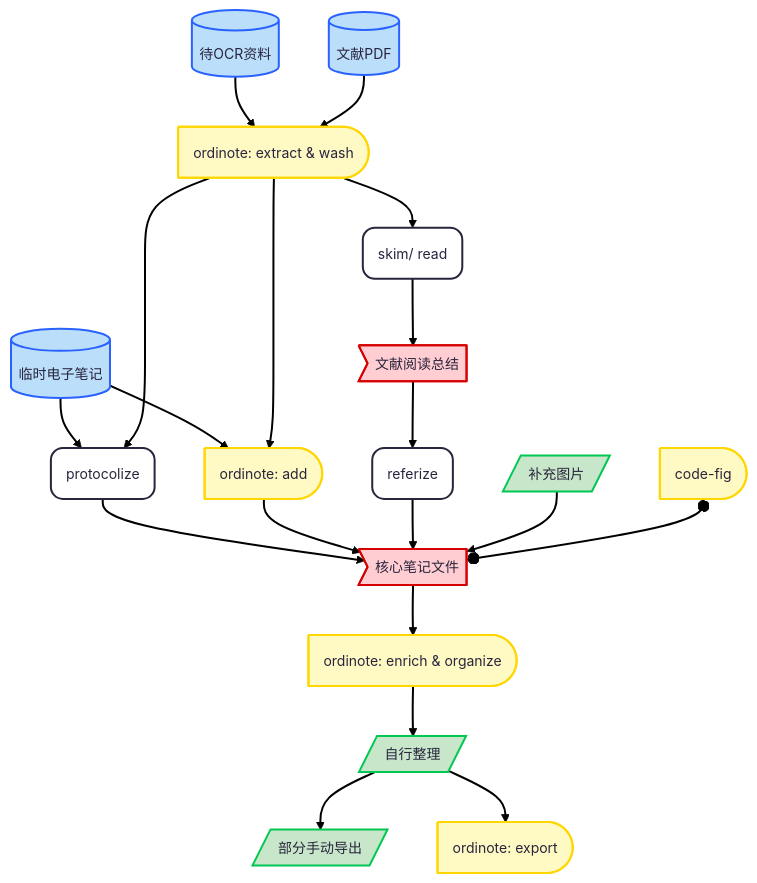
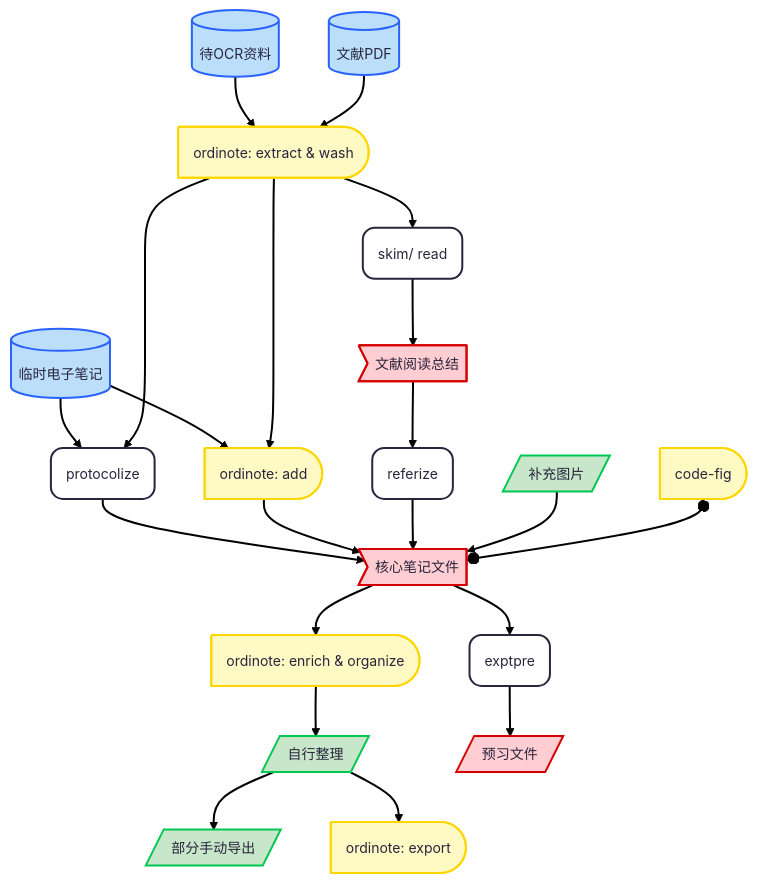
Before and after one commit to ursa-minor-alkaid/Resenote: the diagram in README.md, drawn with Mermaid. The commit also changed other lines of this file and 3 other files, not shown here.

````diff
--- a/README.md
+++ b/README.md
@@ -37,50 +38,55 @@
 ```mermaid
 ---
 config:
   theme: redux
   layout: dagre
 ---
 flowchart TB
     n7["临时电子笔记"] --> n6["protocolize"] & n27["ordinote: add"]
     n6 --> n8>"核心笔记文件"]
     n12["自行整理"] --> n15["部分手动导出"] & n26["ordinote: export"]
     n1["待OCR资料"] --> n19["ordinote: extract &amp; wash<br>"]
     n18["文献PDF"] --> n19
     n19 --> n6 & n20["skim/ read"] & n27
     n20 --> n21>"文献阅读总结"]
     n21 --> n30["referize"]
     n8 --> n25["ordinote: enrich &amp; organize"]
     n25 --> n12
     n27 --> n8
     n30 --> n8
+    n8 --> n31["exptpre"]
+    n31 --> n32>"预习文件"]
     n28["补充图片"] --> n8
     n29["code-fig"] o--o n8
 
     n7@{ shape: cyl}
     n6@{ shape: rounded}
     n27@{ shape: delay}
     n12@{ shape: lean-r}
     n15@{ shape: lean-r}
     n26@{ shape: delay}
     n1@{ shape: cyl}
     n19@{ shape: delay}
     n18@{ shape: cyl}
     n20@{ shape: rounded}
     n30@{ shape: rounded}
+    n31@{ shape: rounded}
+    n32@{ shape: lean-r}
     n25@{ shape: delay}
     n28@{ shape: lean-r}
     n29@{ shape: delay}
     style n7 stroke:#2962FF,fill:#BBDEFB
     style n27 fill:#FFF9C4,stroke:#FFD600
     style n8 fill:#FFCDD2,stroke:#D50000
     style n12 stroke:#00C853,fill:#C8E6C9
     style n15 stroke:#00C853,fill:#C8E6C9
     style n26 fill:#FFF9C4,stroke:#FFD600
     style n1 fill:#BBDEFB,stroke:#2962FF
     style n19 fill:#FFF9C4,stroke:#FFD600
     style n18 fill:#BBDEFB,stroke:#2962FF
     style n21 fill:#FFCDD2,stroke:#D50000
+    style n32 fill:#FFCDD2,stroke:#D50000
     style n25 fill:#FFF9C4,stroke:#FFD600
     style n28 stroke:#00C853,fill:#C8E6C9
     style n29 fill:#FFF9C4,stroke:#FFD600
 ```
````
